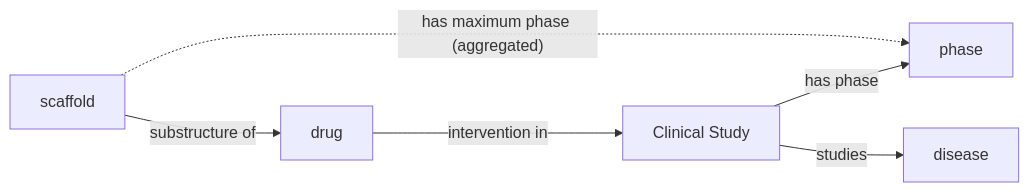
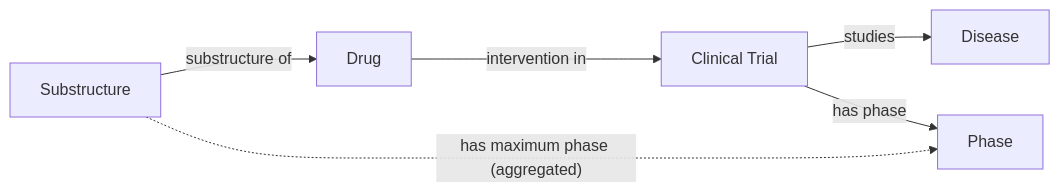
The third of 7 diagrams in _posts/2025-01-23-clinical-trials-model.md (cthoyt/cthoyt.github.io), drawn with Mermaid before and after one commit. The commit also changed other lines of this file, not shown here.

````diff
--- a/_posts/2025-01-23-clinical-trials-model.md
+++ b/_posts/2025-01-23-clinical-trials-model.md
@@ -487,6 +523,6 @@
 ```mermaid
    graph LR
-     scaffold -- substructure of --> drug -- intervention in --> trial[Clinical Study] -- has phase --> phase
-     trial -- studies --> disease
-     scaffold -. has maximum phase (aggregated) .-> phase
+     substructure[Substructure] -- substructure of --> drug[Drug] -- intervention in --> trial[Clinical Trial] -- studies --> disease[Disease]
+     trial -- has phase --> phase[Phase]
+     substructure -. has maximum phase (aggregated) .-> phase
 ```
````
